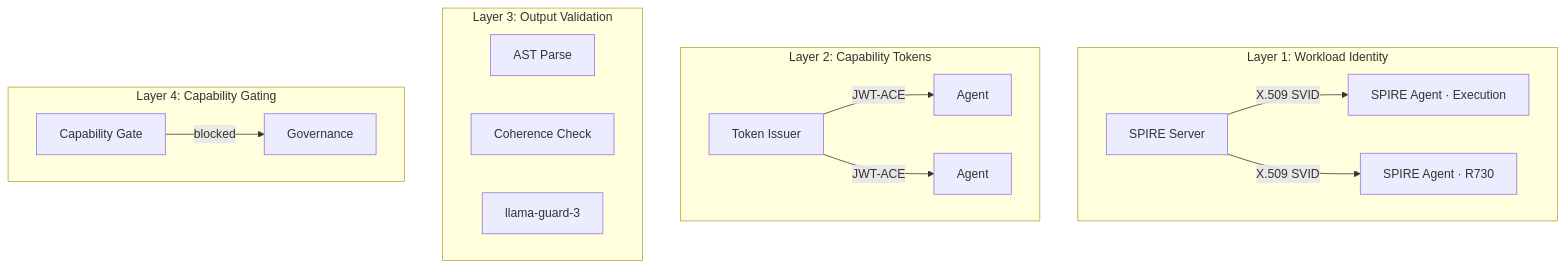
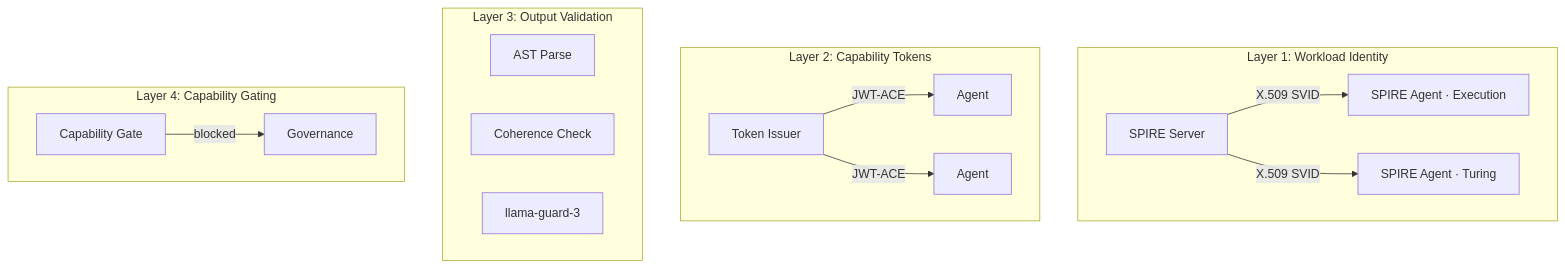
One commit to Misterobots/Agent_Swarm changed the first of 2 diagrams in docs-site/docs/architecture/security-model.md. Above: the diagram before and after it, drawn with Mermaid. The commit also changed other lines of this file and 350 other files, not shown here.

````diff
--- a/docs-site/docs/architecture/security-model.md
+++ b/docs-site/docs/architecture/security-model.md
@@ -11,28 +11,28 @@
 ```mermaid
 graph TB
     subgraph Identity["Layer 1: Workload Identity"]
         SPIRE[SPIRE Server]
         SA1[SPIRE Agent · Execution]
-        SA2[SPIRE Agent · R730]
+        SA2[SPIRE Agent · Turing]
         SPIRE -->|X.509 SVID| SA1
         SPIRE -->|X.509 SVID| SA2
     end
 
     subgraph Tokens["Layer 2: Capability Tokens"]
         TI[Token Issuer]
         TI -->|JWT-ACE| Agent1[Agent]
         TI -->|JWT-ACE| Agent2[Agent]
     end
 
     subgraph Validation["Layer 3: Output Validation"]
         V1[AST Parse]
         V2[Coherence Check]
         V3[llama-guard-3]
     end
 
     subgraph Gating["Layer 4: Capability Gating"]
         CG[Capability Gate]
         GOV[Governance]
         CG -->|blocked| GOV
     end
 ```
````
